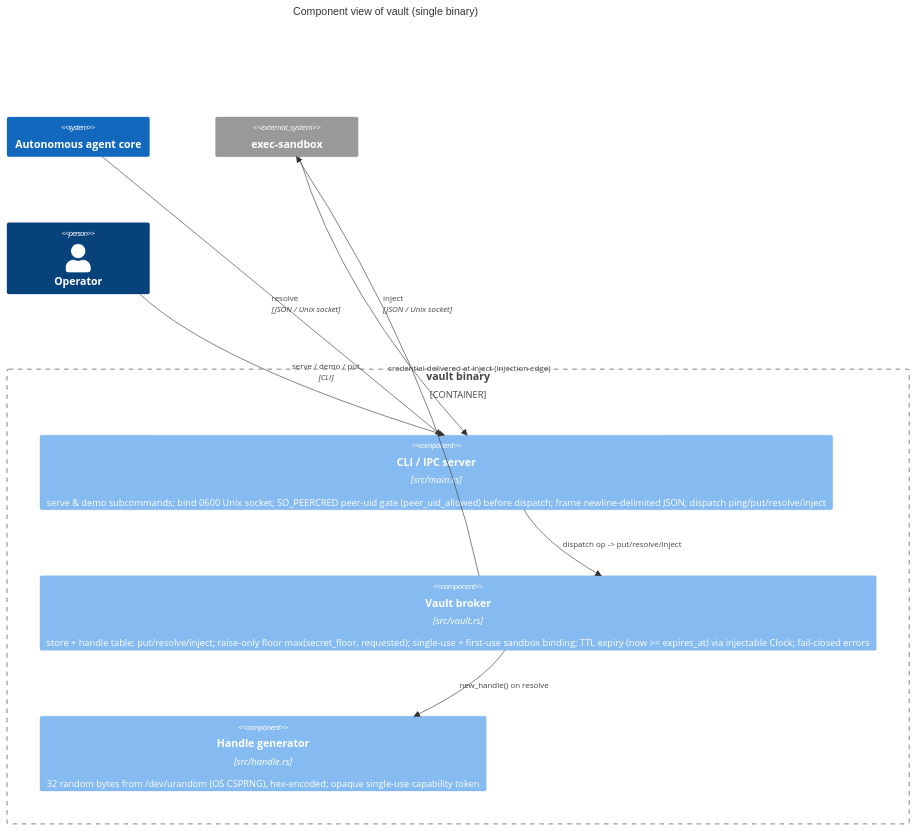
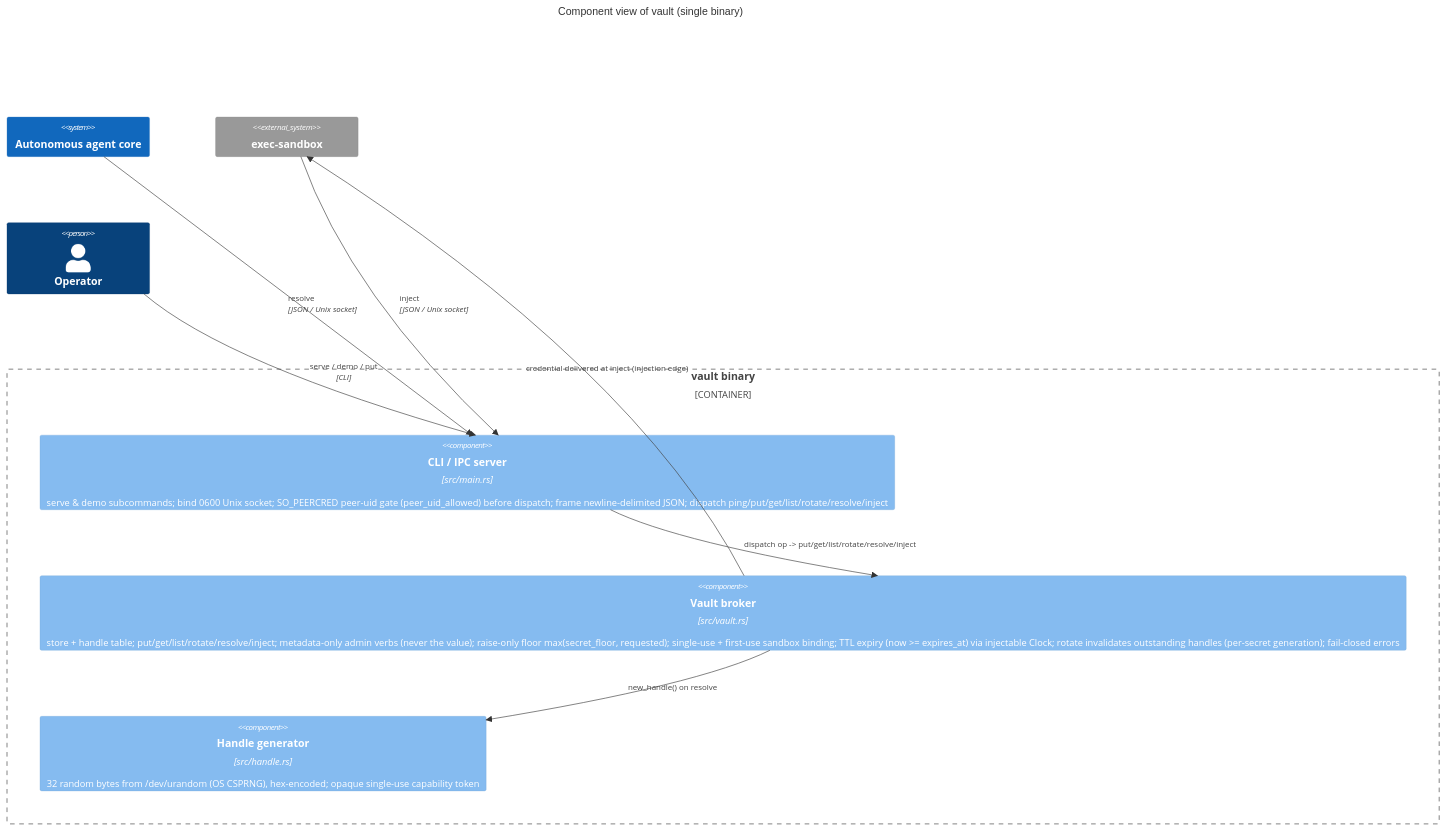
One commit to tkdtaylor/vault changed the second of 3 diagrams in docs/architecture/diagrams.md. Above: the diagram before and after it, drawn with Mermaid. The commit also changed other lines of this file and 8 other files, not shown here.

Commit message:
feat: complete task 003 — wire get/list/rotate admin verbs

````diff
--- a/docs/architecture/diagrams.md
+++ b/docs/architecture/diagrams.md
@@ -51,21 +51,21 @@
 ```mermaid
 C4Component
     title Component view of vault (single binary)
 
     System(agent, "Autonomous agent core")
     System_Ext(sandbox, "exec-sandbox")
     Person(operator, "Operator")
 
     Container_Boundary(boundary, "vault binary") {
-        Component(main, "CLI / IPC server", "src/main.rs", "serve & demo subcommands; bind 0600 Unix socket; SO_PEERCRED peer-uid gate (peer_uid_allowed) before dispatch; frame newline-delimited JSON; dispatch ping/put/resolve/inject")
-        Component(core, "Vault broker", "src/vault.rs", "store + handle table; put/resolve/inject; raise-only floor max(secret_floor, requested); single-use + first-use sandbox binding; TTL expiry (now >= expires_at) via injectable Clock; fail-closed errors")
+        Component(main, "CLI / IPC server", "src/main.rs", "serve & demo subcommands; bind 0600 Unix socket; SO_PEERCRED peer-uid gate (peer_uid_allowed) before dispatch; frame newline-delimited JSON; dispatch ping/put/get/list/rotate/resolve/inject")
+        Component(core, "Vault broker", "src/vault.rs", "store + handle table; put/get/list/rotate/resolve/inject; metadata-only admin verbs (never the value); raise-only floor max(secret_floor, requested); single-use + first-use sandbox binding; TTL expiry (now >= expires_at) via injectable Clock; rotate invalidates outstanding handles (per-secret generation); fail-closed errors")
         Component(handle, "Handle generator", "src/handle.rs", "32 random bytes from /dev/urandom (OS CSPRNG), hex-encoded; opaque single-use capability token")
     }
 
     Rel(agent, main, "resolve", "JSON / Unix socket")
     Rel(sandbox, main, "inject", "JSON / Unix socket")
     Rel(operator, main, "serve / demo / put", "CLI")
-    Rel(main, core, "dispatch op -> put/resolve/inject")
+    Rel(main, core, "dispatch op -> put/get/list/rotate/resolve/inject")
     Rel(core, handle, "new_handle() on resolve")
     Rel(core, sandbox, "credential delivered at inject (injection edge)")
 ```
````
